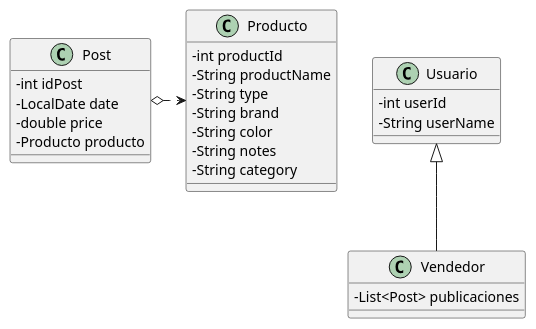
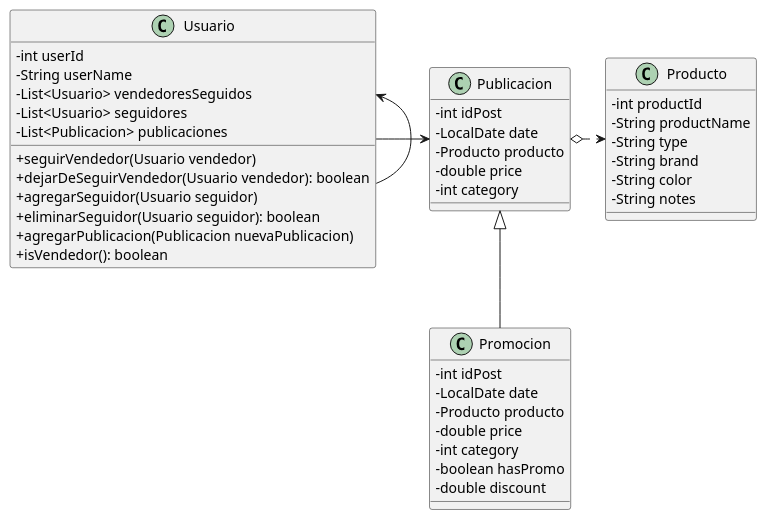
The diagram in Desafio_spring/SocialMeli/doc/socialmeli_class_diagram.puml (extanantone/meli_bootcamp_w13_ai), drawn with PlantUML before and after one commit. The commit also changed 7 other files, not shown here.

Commit message:
agrego diagrama de clases del modelo

```diff
--- a/Desafio_spring/SocialMeli/doc/socialmeli_class_diagram.puml
+++ b/Desafio_spring/SocialMeli/doc/socialmeli_class_diagram.puml
@@ -1,36 +1,53 @@
-@startuml SocialMeli
+@startuml modelClassDiagram
 
 skinparam ClassAttributeIconSize 0
 
 class Usuario {
     - int userId
     - String userName 
+    - List<Usuario> vendedoresSeguidos
+    - List<Usuario> seguidores
+    - List<Publicacion> publicaciones
+
+    + seguirVendedor(Usuario vendedor)
+    + dejarDeSeguirVendedor(Usuario vendedor): boolean
+    + agregarSeguidor(Usuario seguidor)
+    + eliminarSeguidor(Usuario seguidor): boolean
+    + agregarPublicacion(Publicacion nuevaPublicacion)
+    + isVendedor(): boolean
 }
 
-class Vendedor {
-    - List<Post> publicaciones 
-}
-
-class Post {
+class Publicacion {
     - int idPost
     - LocalDate date 
+    - Producto producto
     - double price
-    - Producto producto
+    - int category
 }
 
 class Producto {
     - int productId
     - String productName
     - String type
     - String brand
     - String color
     - String notes
-    - String category
 }
 
-Usuario <|-- Vendedor
+class Promocion {
+    - int idPost
+    - LocalDate date 
+    - Producto producto
+    - double price
+    - int category
+    - boolean hasPromo
+    - double discount
+}
 
-Post o.> Producto
+Publicacion o.> Producto
+Usuario <-- Usuario
+Usuario -> Publicacion
+Publicacion <|-- Promocion
 
 
 @enduml
```
